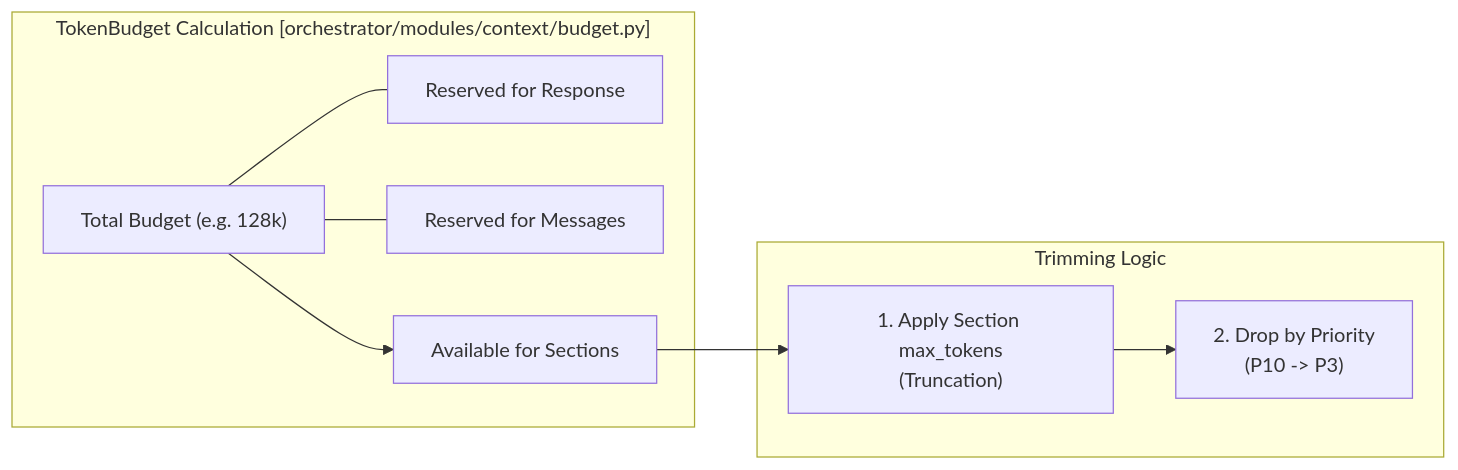
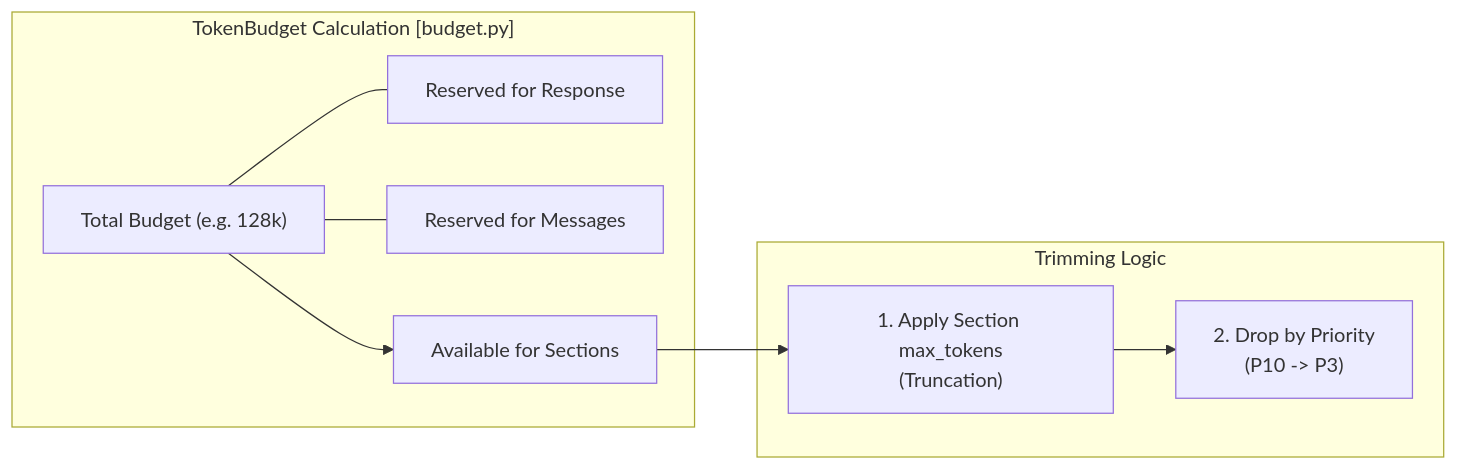
The second of 2 diagrams in docs/context-service/_index.md (AutomatosAI/automatos-ai), drawn with Mermaid before and after one commit. The commit also changed other lines of this file and 153 other files, not shown here.

````diff
--- a/docs/context-service/_index.md
+++ b/docs/context-service/_index.md
@@ -142,21 +138,21 @@
 ```mermaid
 graph LR
-    subgraph "TokenBudget Calculation [orchestrator/modules/context/budget.py]"
+    subgraph "TokenBudget Calculation [budget.py]"
         Total["Total Budget (e.g. 128k)"]
         ReservedResp["Reserved for Response"]
         ReservedMsg["Reserved for Messages"]
         Available["Available for Sections"]
         
         Total --- ReservedResp
         Total --- ReservedMsg
         Total --> Available
     end
     
     subgraph "Trimming Logic"
         Capping["1. Apply Section max_tokens<br/>(Truncation)"]
         Dropping["2. Drop by Priority<br/>(P10 -> P3)"]
     end
 
     Available --> Capping
     Capping --> Dropping
 ```
````
